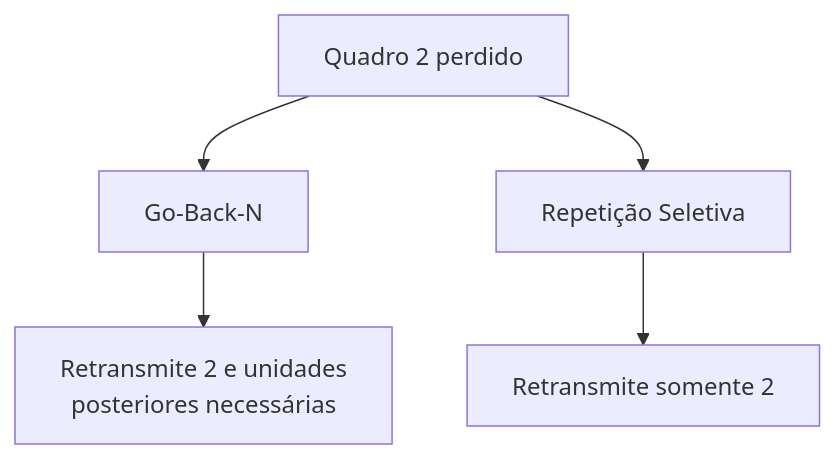
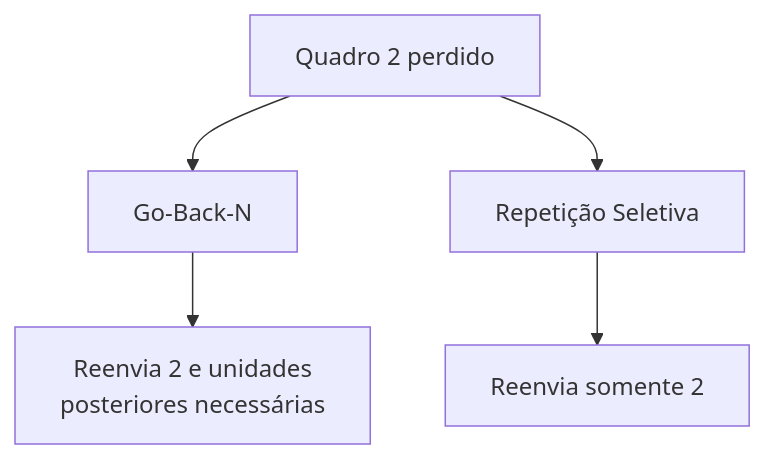
One commit to jurandysoares/janelas-deslizantes changed the diagram in docs/8-go-back-n-x-repeticao-seletiva.md. Above: the diagram before and after it, drawn with Mermaid. The commit also changed 16 other files, not shown here.

````diff
--- a/docs/8-go-back-n-x-repeticao-seletiva.md
+++ b/docs/8-go-back-n-x-repeticao-seletiva.md
@@ -25,8 +25,8 @@
 ```mermaid
 flowchart TB
     A["Quadro 2 perdido"]
     A --> B["Go-Back-N"]
     A --> C["Repetição Seletiva"]
-    B --> D["Retransmite 2 e unidades</br> posteriores necessárias"]
-    C --> E["Retransmite somente 2"]
+    B --> D["Reenvia 2 e unidades</br> posteriores necessárias"]
+    C --> E["Reenvia somente 2"]
 ```
````
